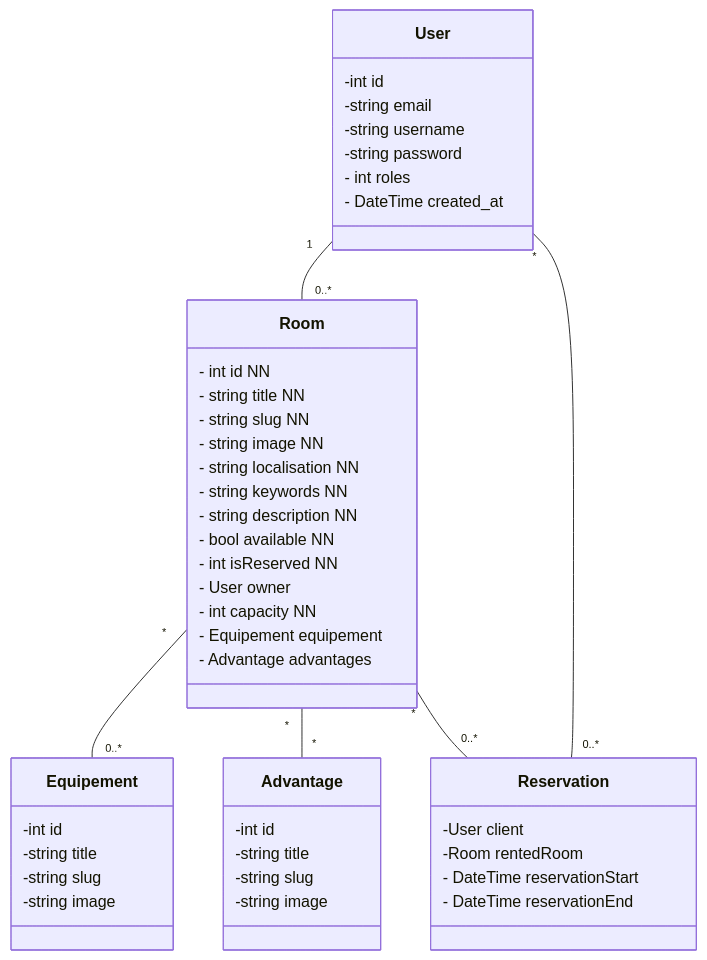
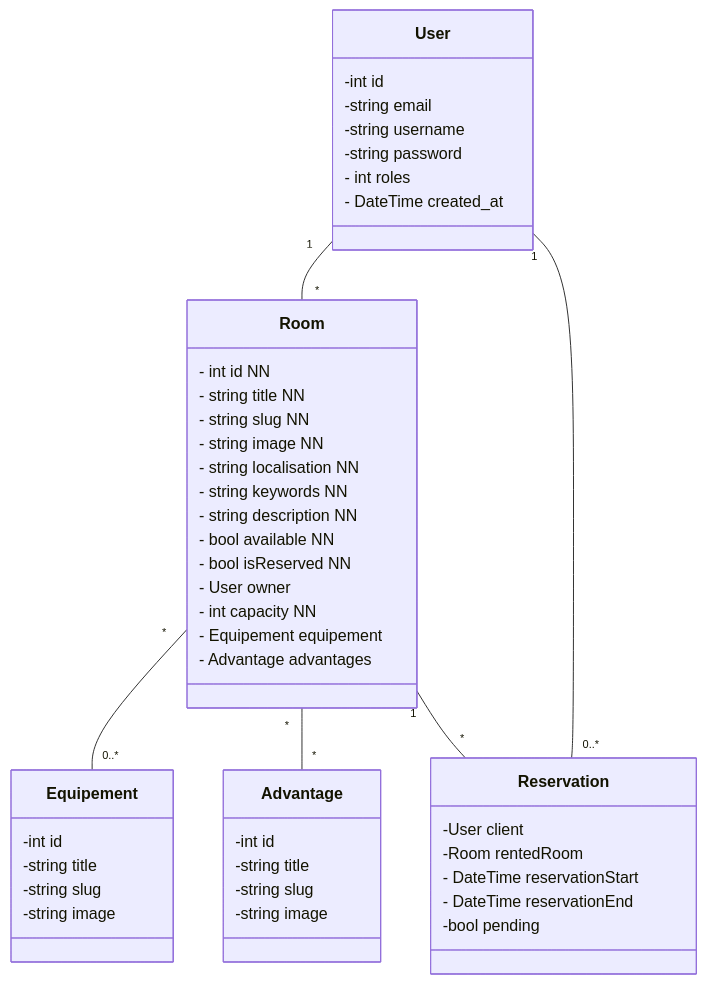
The first of 3 diagrams in prodDocs/ClassDiagram.md (Conchero/ecf-back), drawn with Mermaid before and after one commit. The commit also changed other lines of this file, not shown here.

Commit message:
use case digrams and class diagrams (service start)

````diff
--- a/prodDocs/ClassDiagram.md
+++ b/prodDocs/ClassDiagram.md
@@ -3,62 +3,63 @@
 ```mermaid
 
 classDiagram
 
 class Room{
 - int id NN
 <get/set>- string title NN
 <get>- string slug NN
 <get/set>- string image NN
 <get/set>- string localisation NN
 <get/set>- string keywords NN
 <get/set>- string description NN
 
 <get/set>- bool available NN
-<get/set>- int isReserved NN
+<get/set>- bool isReserved NN
 
 <get/set>- User owner
 
 <get/set>- int capacity NN
 <get/set>- Equipement equipement
 <get/set>- Advantage advantages 
 } 
 
 
 class User{
 -int id
 -string email
 -string username
 -string password
 - int roles
 - DateTime created_at
 }
 
 class Equipement { 
     -int id 
     -string title 
     -string slug
     -string image
 }
 
 class Advantage { 
     -int id 
     -string title 
     -string slug
     -string image
 }
 
 class Reservation{
     -User client
     -Room rentedRoom
     - DateTime reservationStart
     - DateTime reservationEnd
+    -bool pending
 }
 
 
-User "1" -- "0..*" Room 
+User "1" -- "*" Room 
 Room "*" -- "0..*" Equipement 
 Room "*" -- "*" Advantage 
-User "*" -- "0..*" Reservation
-Room "*" -- "0..*" Reservation
+User "1" -- "0..*" Reservation
+Room "1" -- "*" Reservation
 
 ```
````
